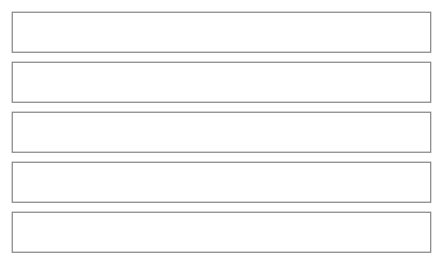
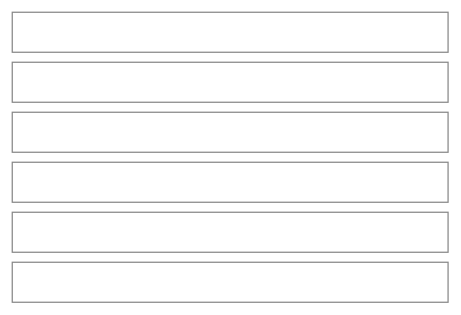
Before and after one commit to NovaMoonX/moondreams-dev-apps: diagram 17 of 54 in src/apps/pinch/UX.md, drawn with Mermaid. The commit also changed other lines of this file and 163 other files, not shown here.

````diff
--- a/src/apps/pinch/UX.md
+++ b/src/apps/pinch/UX.md
@@ -580,15 +564,17 @@
 ```mermaid
 %%{init: {'theme': 'base', 'themeVariables': {'primaryColor': 'transparent', 'primaryBorderColor': '#888888', 'primaryTextColor': '#333333', 'lineColor': '#888888'}}}%%
 block-beta
   columns 1
   S1["‹ New recipe"]
   S2["📝 From text · Paste a recipe, say from a chat"]
   S3["📎 From a file · A photo, screenshot or PDF"]
   S4["🔗 From a link · A recipe page on the web"]
   S5["✍️ Write it yourself · Start with a blank recipe"]
+  S6["Not now? Keep it as an idea  (an underlined link)"]
   style S1 fill:transparent,stroke:#888888,stroke-width:1px;
   style S2 fill:transparent,stroke:#888888,stroke-width:1px;
   style S3 fill:transparent,stroke:#888888,stroke-width:1px;
   style S4 fill:transparent,stroke:#888888,stroke-width:1px;
   style S5 fill:transparent,stroke:#888888,stroke-width:1px;
+  style S6 fill:transparent,stroke:#888888,stroke-width:1px;
 ```
````
